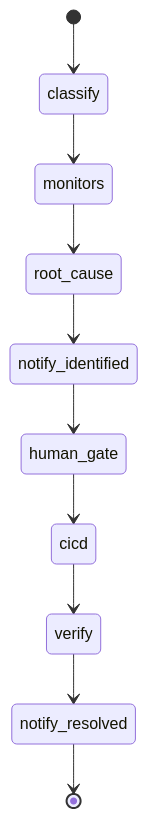
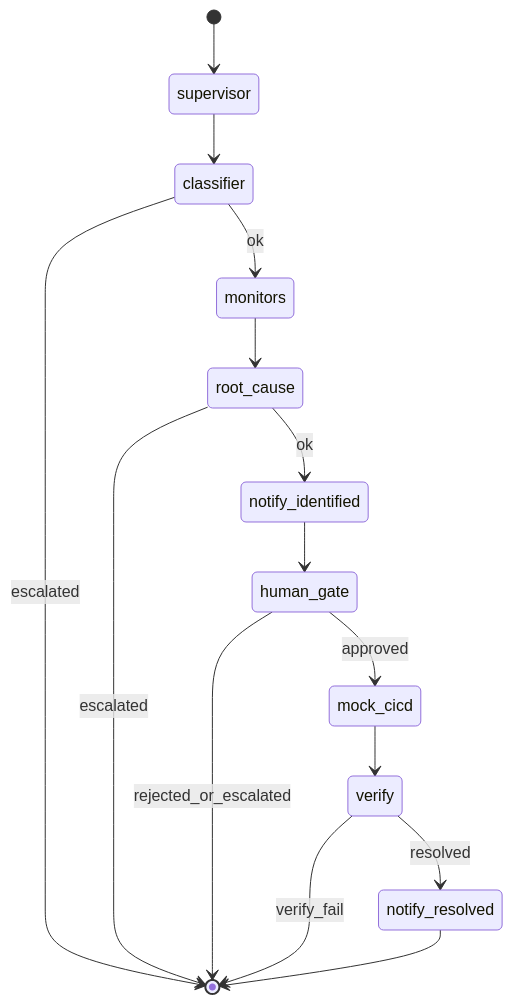
Before and after one commit to charce36/ai-hackathon-team-14: the diagram in AI_USAGE.md, drawn with Mermaid. The commit also changed other lines of this file, not shown here.

Commit message:
docs: actualizar AI_USAGE.md con arquitectura Claude y mock checks

````diff
--- a/AI_USAGE.md
+++ b/AI_USAGE.md
@@ -49,12 +63,17 @@
 ```mermaid
 stateDiagram-v2
-  [*] --> classify
-  classify --> monitors
+  [*] --> supervisor
+  supervisor --> classifier
+  classifier --> monitors: ok
+  classifier --> [*]: escalated
   monitors --> root_cause
-  root_cause --> notify_identified
+  root_cause --> notify_identified: ok
+  root_cause --> [*]: escalated
   notify_identified --> human_gate
-  human_gate --> cicd
-  cicd --> verify
-  verify --> notify_resolved
+  human_gate --> mock_cicd: approved
+  human_gate --> [*]: rejected_or_escalated
+  mock_cicd --> verify
+  verify --> notify_resolved: resolved
+  verify --> [*]: verify_fail
   notify_resolved --> [*]
 ```
````
